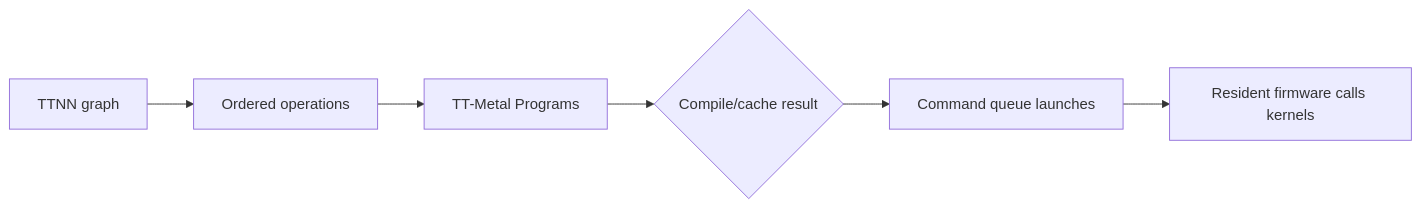
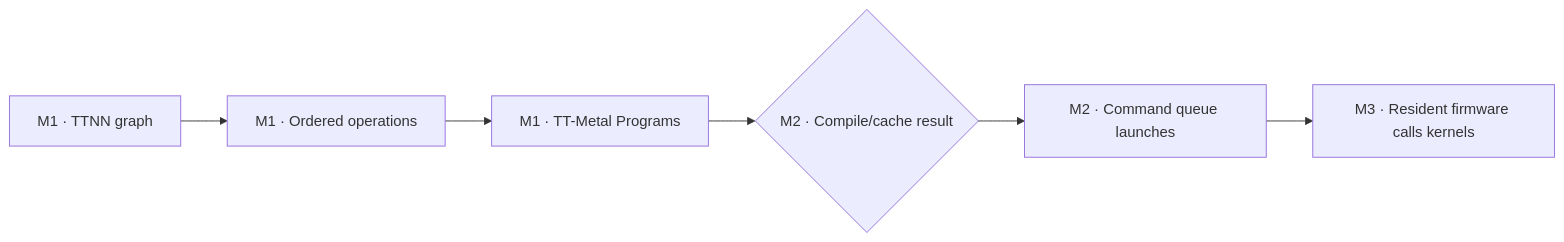
One commit to buicongnguyen/tt-sim changed diagram 12 of 13 in public/RISC_FIRMWARE_TO_KERNEL_FLOW.md. Above: the diagram before and after it, drawn with Mermaid. The commit also changed other lines of this file and 4 other files, not shown here.

Commit message:
Link firmware flow steps to source

````diff
--- a/public/RISC_FIRMWARE_TO_KERNEL_FLOW.md
+++ b/public/RISC_FIRMWARE_TO_KERNEL_FLOW.md
@@ -431,8 +460,8 @@
 ```mermaid
 flowchart LR
-    G[TTNN graph] --> O[Ordered operations]
-    O --> P[TT-Metal Programs]
-    P --> C{Compile/cache result}
-    C --> Q[Command queue launches]
-    Q --> R[Resident firmware calls kernels]
+    G[M1 · TTNN graph] --> O[M1 · Ordered operations]
+    O --> P[M1 · TT-Metal Programs]
+    P --> C{M2 · Compile/cache result}
+    C --> Q[M2 · Command queue launches]
+    Q --> R[M3 · Resident firmware calls kernels]
 ```
````
